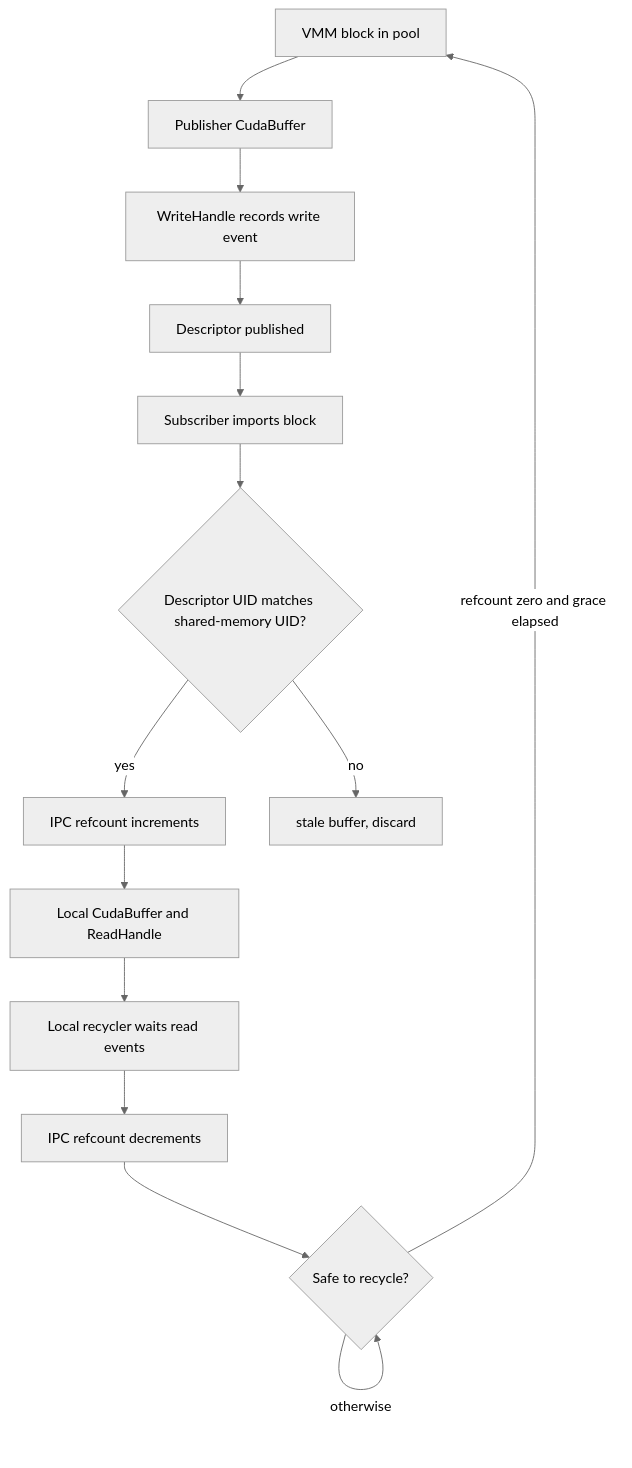
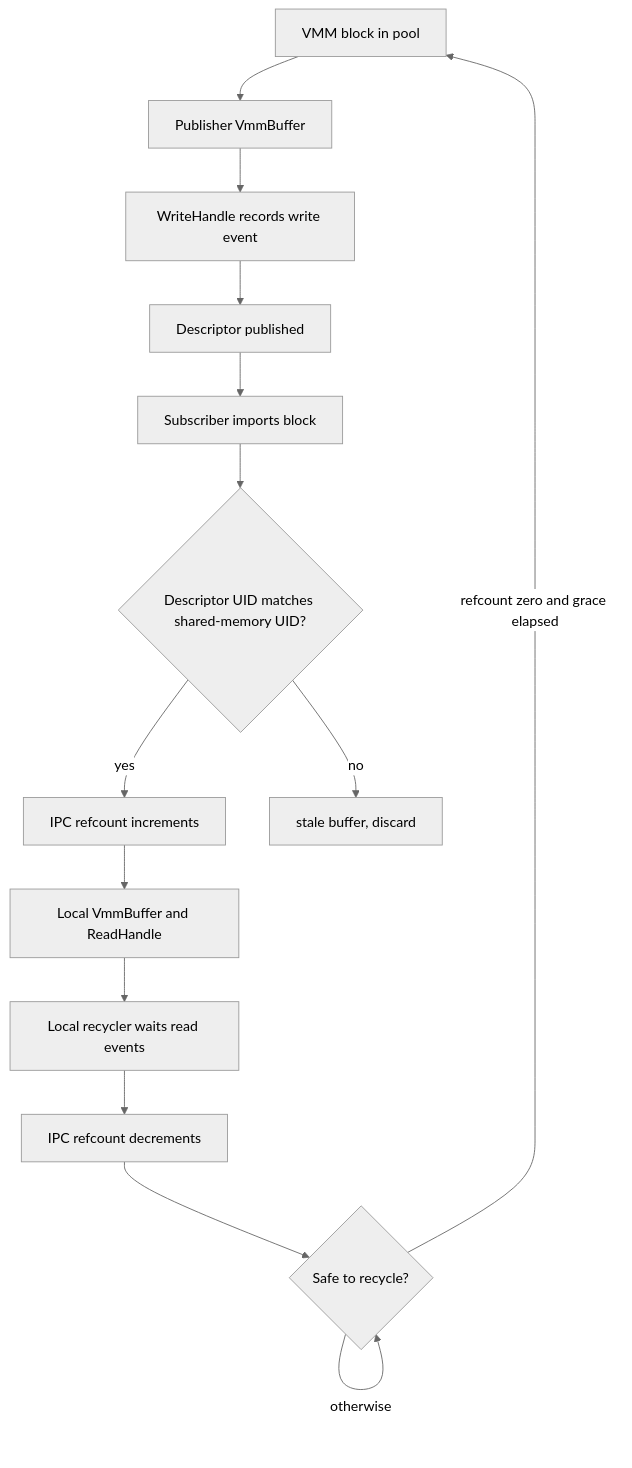
One commit to ros2/rosidl_buffer_backends changed the fifth of 5 diagrams in cuda_buffer_backend/docs/cuda_buffer_backend_design.md. Above: the diagram before and after it, drawn with Mermaid (neutral theme). The commit also changed other lines of this file and 10 other files, not shown here.

````diff
--- a/cuda_buffer_backend/docs/cuda_buffer_backend_design.md
+++ b/cuda_buffer_backend/docs/cuda_buffer_backend_design.md
@@ -105,18 +129,18 @@
 ```mermaid
 flowchart TD
-  A["VMM block in pool"] --> B["Publisher CudaBuffer"]
+  A["VMM block in pool"] --> B["Publisher VmmBuffer"]
   B --> C["WriteHandle records write event"]
   C --> D["Descriptor published"]
 
   D --> E["Subscriber imports block"]
   E --> F{"Descriptor UID matches shared-memory UID?"}
   F -->|"yes"| G["IPC refcount increments"]
   F -->|"no"| S["stale buffer, discard"]
-  G --> H["Local CudaBuffer and ReadHandle"]
+  G --> H["Local VmmBuffer and ReadHandle"]
   H --> I["Local recycler waits read events"]
   I --> J["IPC refcount decrements"]
 
   J --> K{"Safe to recycle?"}
   K -->|"refcount zero and grace elapsed"| A
   K -->|"otherwise"| K
 ```
````
